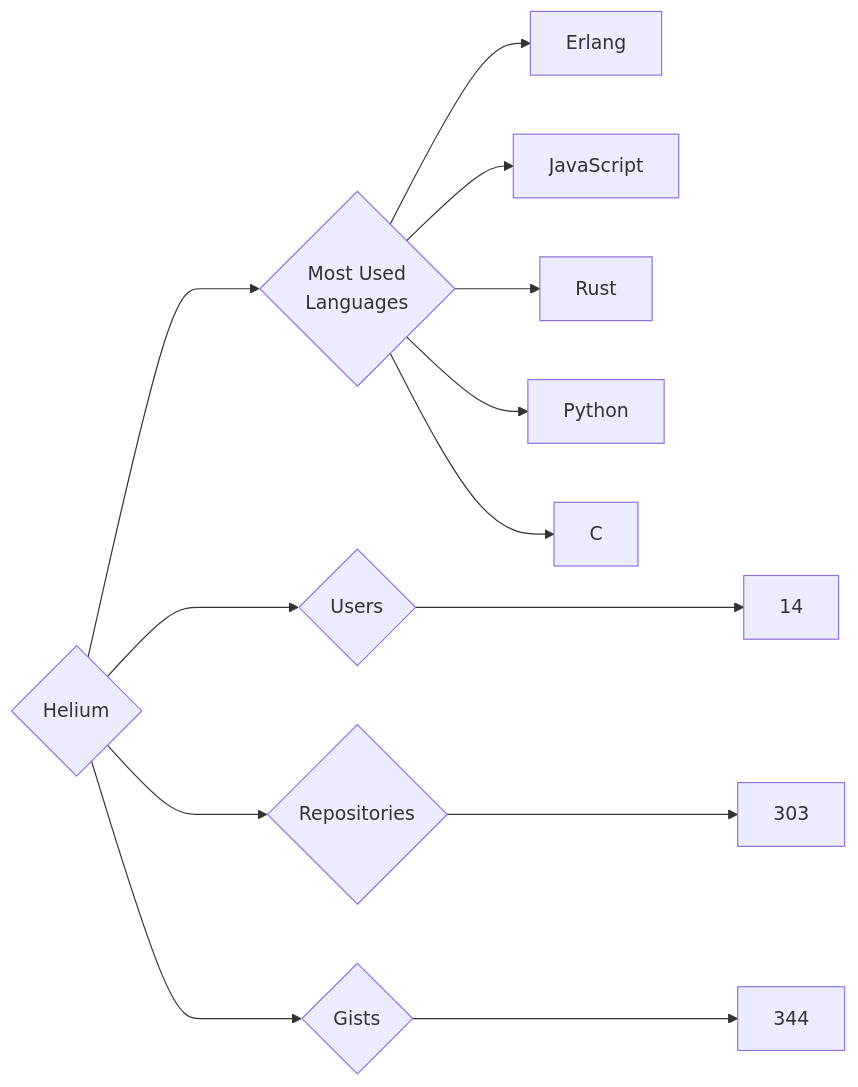
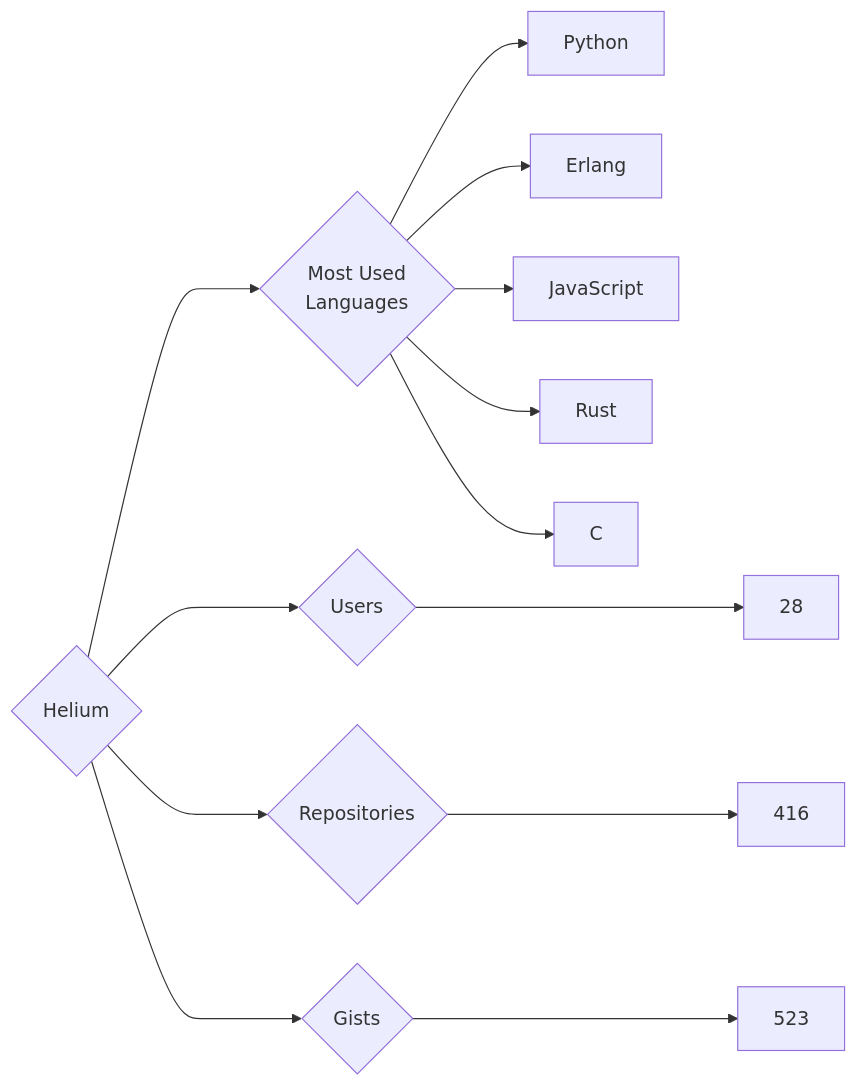
Before and after one commit to trickest/insiders: the diagram in targets/Helium/README.md, drawn with Mermaid. The commit also changed 847 other files, not shown here.

````diff
--- a/targets/Helium/README.md
+++ b/targets/Helium/README.md
@@ -3,13 +3,13 @@
 ```mermaid
 graph LR
 COMPANY_NAME{Helium}
-COMPANY_NAME ---> U{Users} ---> UN[14]
-COMPANY_NAME ---> R{Repositories} ---> RN[303]
-COMPANY_NAME ---> G{Gists} ---> GN[344]
+COMPANY_NAME ---> U{Users} ---> UN[28]
+COMPANY_NAME ---> R{Repositories} ---> RN[416]
+COMPANY_NAME ---> G{Gists} ---> GN[523]
 COMPANY_NAME ---> ML{Most Used<br>Languages}
+ML --> Python[Python]
 ML --> Erlang[Erlang]
 ML --> JavaScript[JavaScript]
 ML --> Rust[Rust]
-ML --> Python[Python]
 ML --> C[C]
 ```
````
